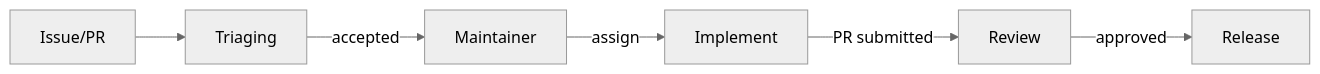
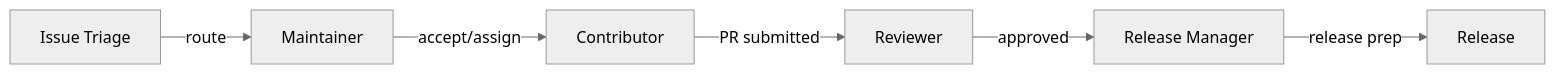
Before and after one commit to icylight/pi-tavern: the fifth of 6 diagrams in README.en.md, drawn with Mermaid (neutral theme). The commit also changed other lines of this file and 1 other file, not shown here.

Commit message:
docs(readme): 团队示例角色职位化——5 列表拆「角色（谁参与）/协作流程（谁做什么）」+ Mermaid 节点改具体职位（产品经理/事故负责人/SRE/安全架构师/分诊员等，中英一致，User 指示）

````diff
--- a/README.en.md
+++ b/README.en.md
@@ -151,8 +151,8 @@
 ```mermaid
 flowchart LR
-    IS["Issue/PR"] --> TR["Triaging"]
-    TR -->|"accepted"| MT["Maintainer"]
-    MT -->|"assign"| IM["Implement"]
-    IM -->|"PR submitted"| RW["Review"]
-    RW -->|"approved"| RL["Release"]
+    TRI["Issue Triage"] -->|"route"| MT["Maintainer"]
+    MT -->|"accept/assign"| CT["Contributor"]
+    CT -->|"PR submitted"| RV["Reviewer"]
+    RV -->|"approved"| RM["Release Manager"]
+    RM -->|"release prep"| REL["Release"]
 ```
````
